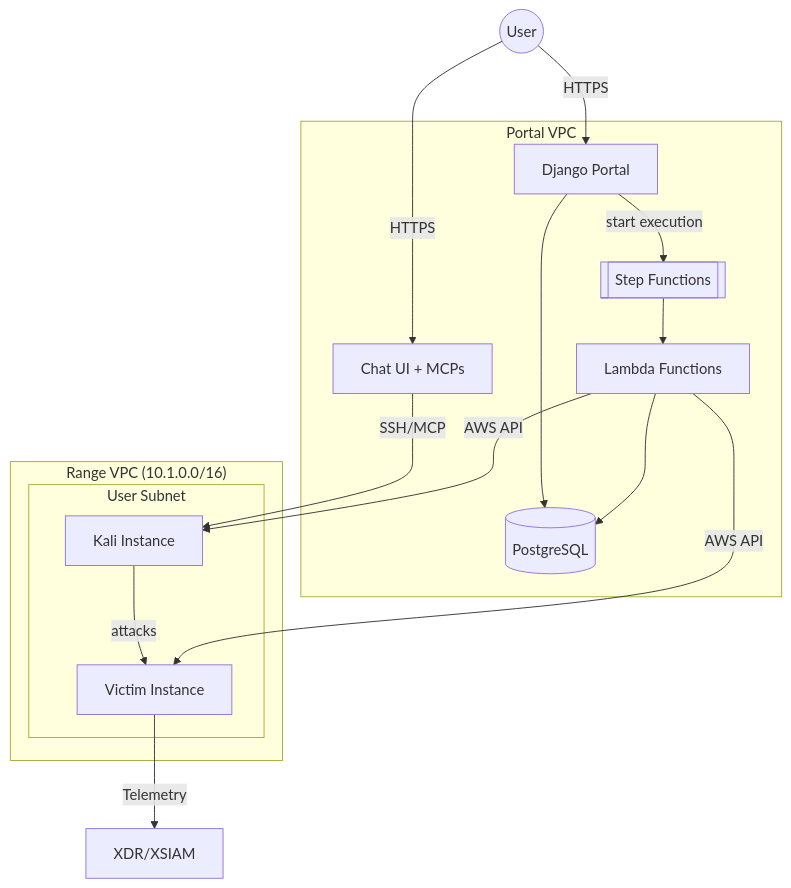
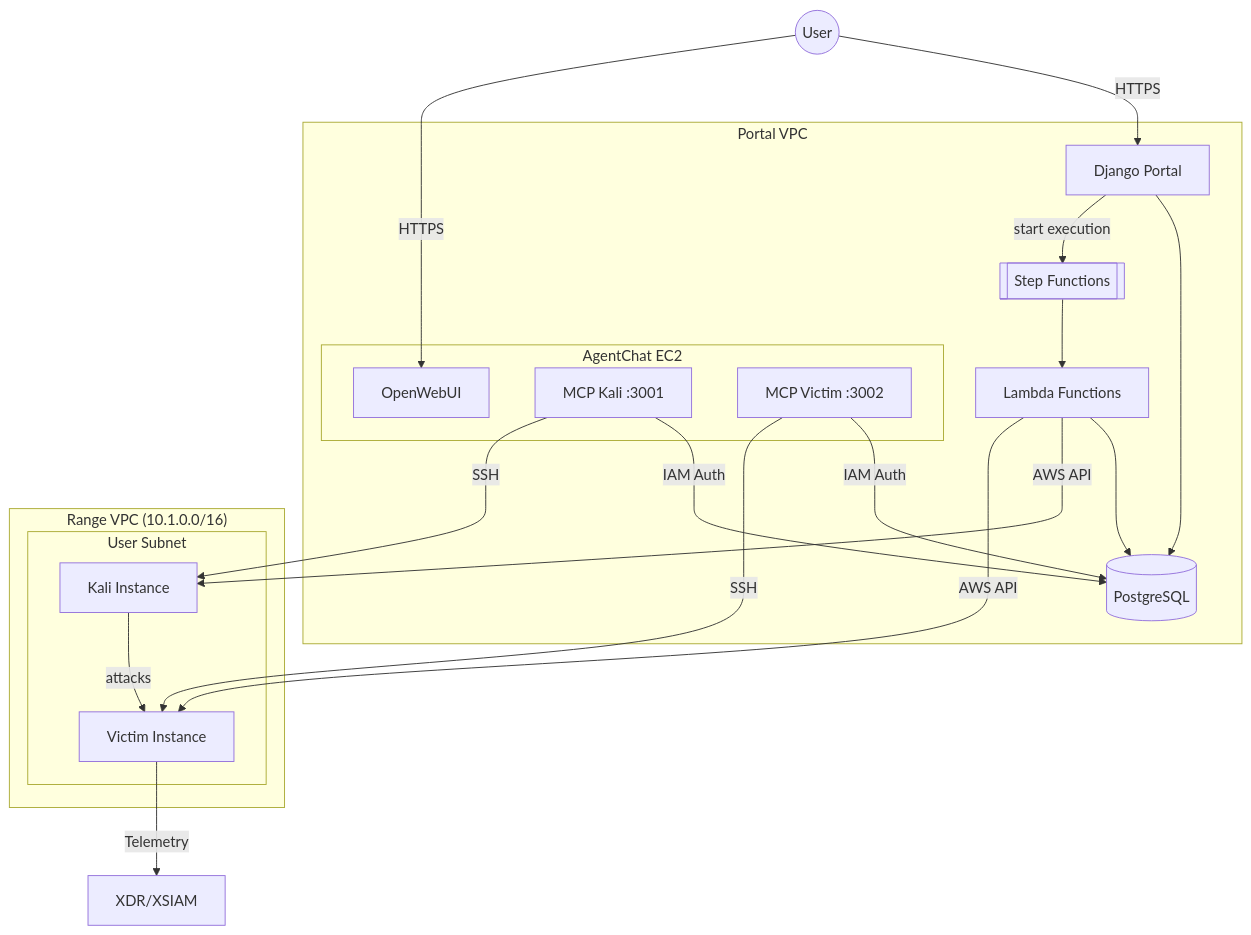
One commit to PaloAltoNetworks/shifter changed the first of 7 diagrams in docs/src/architecture.md. Above: the diagram before and after it, drawn with Mermaid. The commit also changed other lines of this file and 23 other files, not shown here.

````diff
--- a/docs/src/architecture.md
+++ b/docs/src/architecture.md
@@ -12,29 +12,36 @@
 ```mermaid
 graph TB
     subgraph "Portal VPC"
         Portal[Django Portal]
         RDS[(PostgreSQL)]
         StepFn[[Step Functions]]
         Lambda[Lambda Functions]
-        ChatUI[Chat UI + MCPs]
+        subgraph "AgentChat EC2"
+            ChatUI[OpenWebUI]
+            MCP_K[MCP Kali :3001]
+            MCP_V[MCP Victim :3002]
+        end
         Portal --> RDS
         Portal -->|start execution| StepFn
         StepFn --> Lambda
         Lambda --> RDS
+        MCP_K -->|IAM Auth| RDS
+        MCP_V -->|IAM Auth| RDS
     end
 
     subgraph "Range VPC (10.1.0.0/16)"
         subgraph "User Subnet"
             Kali[Kali Instance]
             Victim[Victim Instance]
             Kali -->|attacks| Victim
         end
     end
 
     User((User)) -->|HTTPS| Portal
     User -->|HTTPS| ChatUI
-    ChatUI -->|SSH/MCP| Kali
+    MCP_K -->|SSH| Kali
+    MCP_V -->|SSH| Victim
     Lambda -->|AWS API| Kali
     Lambda -->|AWS API| Victim
     Victim -->|Telemetry| XDR[XDR/XSIAM]
 ```
````
